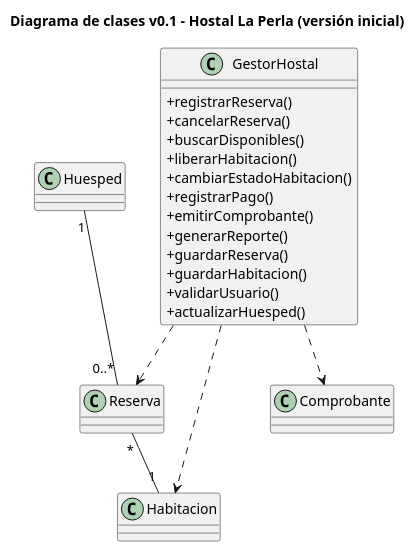
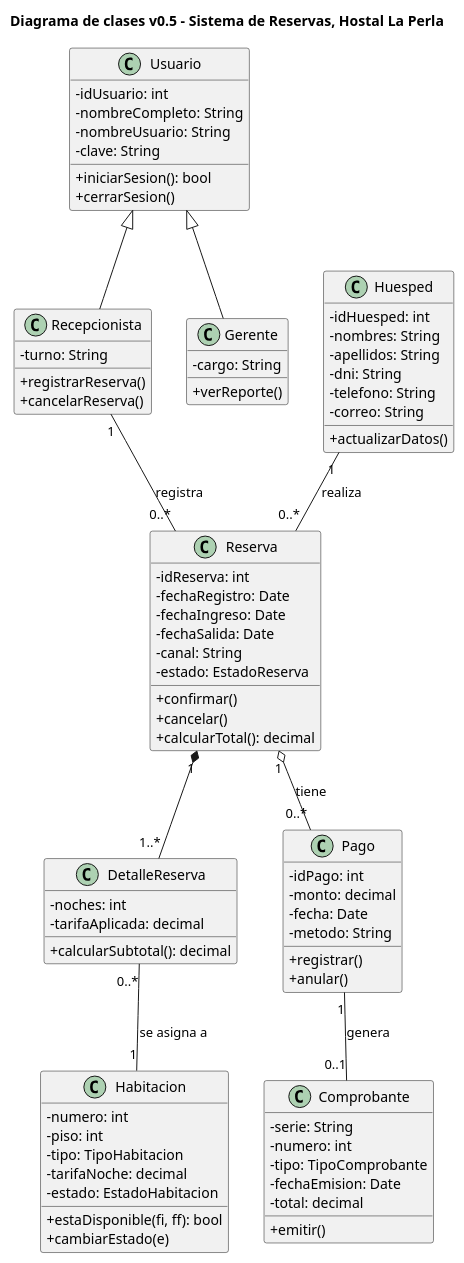
Before and after one commit to yajacabellos-pixel/Hostallaperla_tema05: the diagram in modelo/clases.puml, drawn with PlantUML. The commit also changed 2 other files, not shown here.

Commit message:
refactor(modelo): dividir GestorHostal y crear DetalleReserva, Pago y Usuario (R1–R4)

```diff
--- a/modelo/clases.puml
+++ b/modelo/clases.puml
@@ -1,27 +1,81 @@
-@startuml clases_v01
-title Diagrama de clases v0.1 – Hostal La Perla (versión inicial)
+@startuml clases_v05
+title Diagrama de clases v0.5 – Sistema de Reservas, Hostal La Perla
 skinparam classAttributeIconSize 0
-class GestorHostal {
+' Nota: las enumeraciones EstadoReserva, EstadoHabitacion, TipoHabitacion y TipoComprobante
+' se usan como tipos de atributo; falta dibujarlas como <<enumeration>> (ver docs/checklist_validacion.md)
+class Usuario {
+  -idUsuario: int
+  -nombreCompleto: String
+  -nombreUsuario: String
+  -clave: String
+  +iniciarSesion(): bool
+  +cerrarSesion()
+}
+class Recepcionista {
+  -turno: String
   +registrarReserva()
   +cancelarReserva()
-  +buscarDisponibles()
-  +liberarHabitacion()
-  +cambiarEstadoHabitacion()
-  +registrarPago()
-  +emitirComprobante()
-  +generarReporte()
-  +guardarReserva()
-  +guardarHabitacion()
-  +validarUsuario()
-  +actualizarHuesped()
 }
-class Huesped
-class Reserva
-class Habitacion
-class Comprobante
-GestorHostal ..> Reserva
-GestorHostal ..> Habitacion
-GestorHostal ..> Comprobante
-Huesped "1" -- "0..*" Reserva
-Reserva "*" -- "1" Habitacion
+class Gerente {
+  -cargo: String
+  +verReporte()
+}
+class Huesped {
+  -idHuesped: int
+  -nombres: String
+  -apellidos: String
+  -dni: String
+  -telefono: String
+  -correo: String
+  +actualizarDatos()
+}
+class Reserva {
+  -idReserva: int
+  -fechaRegistro: Date
+  -fechaIngreso: Date
+  -fechaSalida: Date
+  -canal: String
+  -estado: EstadoReserva
+  +confirmar()
+  +cancelar()
+  +calcularTotal(): decimal
+}
+class DetalleReserva {
+  -noches: int
+  -tarifaAplicada: decimal
+  +calcularSubtotal(): decimal
+}
+class Habitacion {
+  -numero: int
+  -piso: int
+  -tipo: TipoHabitacion
+  -tarifaNoche: decimal
+  -estado: EstadoHabitacion
+  +estaDisponible(fi, ff): bool
+  +cambiarEstado(e)
+}
+class Pago {
+  -idPago: int
+  -monto: decimal
+  -fecha: Date
+  -metodo: String
+  +registrar()
+  +anular()
+}
+class Comprobante {
+  -serie: String
+  -numero: int
+  -tipo: TipoComprobante
+  -fechaEmision: Date
+  -total: decimal
+  +emitir()
+}
+Usuario <|-- Recepcionista
+Usuario <|-- Gerente
+Huesped "1" -- "0..*" Reserva : realiza
+Reserva "1" *-- "1..*" DetalleReserva
+DetalleReserva "0..*" -- "1" Habitacion : se asigna a
+Reserva "1" o-- "0..*" Pago : tiene
+Pago "1" -- "0..1" Comprobante : genera
+Recepcionista "1" -- "0..*" Reserva : registra
 @enduml
```
